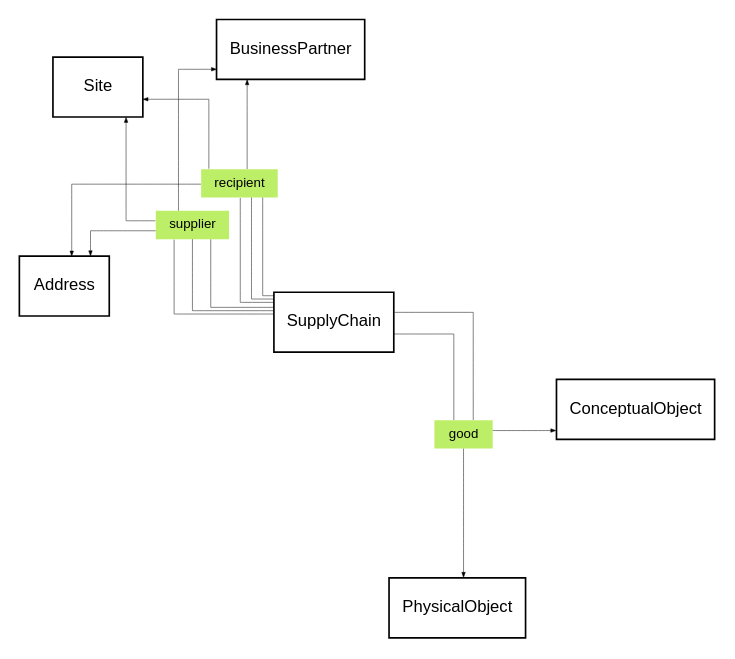
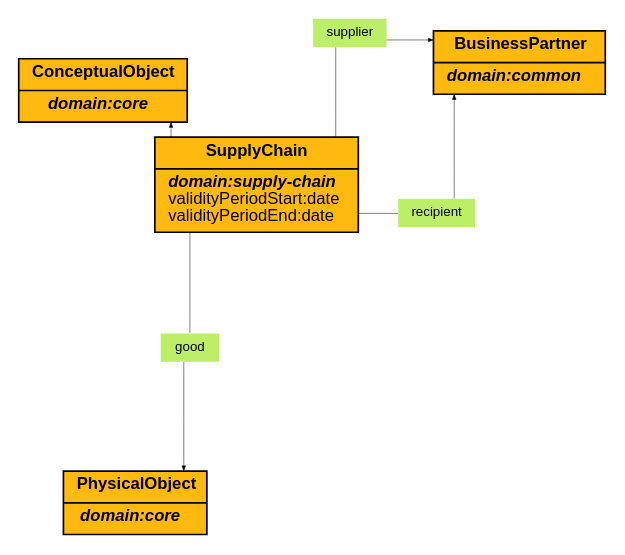
One commit to eclipse-tractusx/sldt-ontology-model changed the diagram in docs/images/supply-chain_ontology.gv. Above: the diagram before and after it, drawn with Graphviz. The commit also changed 9 other files, not shown here.

```diff
--- a/docs/images/supply-chain_ontology.gv
+++ b/docs/images/supply-chain_ontology.gv
@@ -1,24 +1,19 @@
 digraph "supply-chain_ontology" {
 	graph [fontname="Helvetica,Arial,sans-serif" fontsize=10 layout=neato overlap=false splines=ortho]
 	node [fillcolor=darkgoldenrod1 fontname="Helvetica,Arial,sans-serif" fontsize=10 shape=record]
 	edge [arrowsize=0.3 fontname="Helvetica,Arial,sans-serif" fontsize=10 penwidth=0.3]
+	ConceptualObject [label=<{<b>ConceptualObject</b> | <i><b> domain:core</b></i> <br align="left"/>}> style=filled]
+	PhysicalObject [label=<{<b>PhysicalObject</b> | <i><b> domain:core</b></i> <br align="left"/>}> style=filled]
+	BusinessPartner [label=<{<b>BusinessPartner</b> | <i><b> domain:common</b></i> <br align="left"/>}> style=filled]
+	SupplyChain [label=<{<b>SupplyChain</b> | <i><b> domain:supply-chain</b></i> <br align="left"/>validityPeriodStart:date<br align="left"/>validityPeriodEnd:date<br align="left"/>}> style=filled]
 	supplier [label=supplier fillcolor=darkolivegreen2 fontsize=8 height=0 shape=plaintext style=filled width=0]
 	recipient [label=recipient fillcolor=darkolivegreen2 fontsize=8 height=0 shape=plaintext style=filled width=0]
 	good [label=good fillcolor=darkolivegreen2 fontsize=8 height=0 shape=plaintext style=filled width=0]
 	SupplyChain -> supplier [arrowhead=none]
 	supplier -> BusinessPartner
-	SupplyChain -> supplier [arrowhead=none]
-	supplier -> Site
-	SupplyChain -> supplier [arrowhead=none]
-	supplier -> Address
 	SupplyChain -> recipient [arrowhead=none]
 	recipient -> BusinessPartner
-	SupplyChain -> recipient [arrowhead=none]
-	recipient -> Site
-	SupplyChain -> recipient [arrowhead=none]
-	recipient -> Address
 	SupplyChain -> good [arrowhead=none]
 	good -> PhysicalObject
-	SupplyChain -> good [arrowhead=none]
-	good -> ConceptualObject
+	SupplyChain -> ConceptualObject [style=dashed]
 }
```
